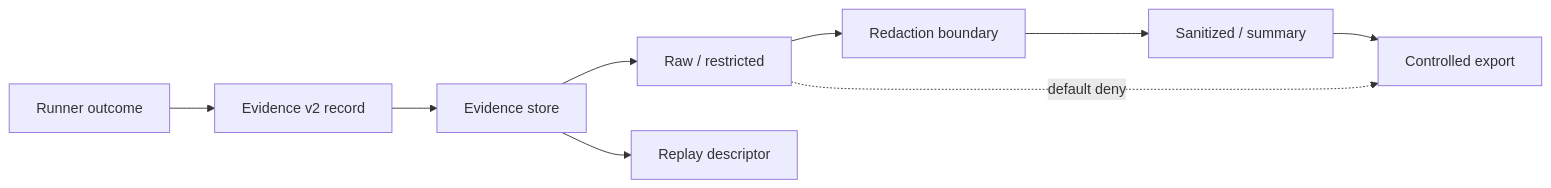
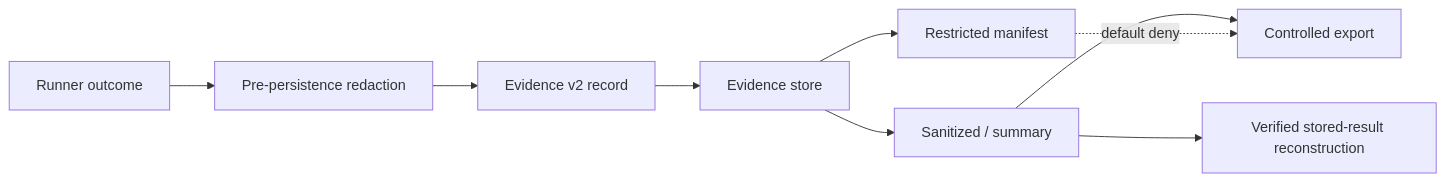
Before and after one commit to pestoura/hermes-security-labs: the diagram in docs/roadmap/epics/EPIC-10-evidence-plane.md, drawn with Mermaid. The commit also changed other lines of this file, not shown here.

Commit message:
docs(d01): reconcile evidence-plane completion boundary

````diff
--- a/docs/roadmap/epics/EPIC-10-evidence-plane.md
+++ b/docs/roadmap/epics/EPIC-10-evidence-plane.md
@@ -75,11 +87,11 @@
 ```mermaid
 flowchart LR
-  RUN[Runner outcome] --> REC[Evidence v2 record]
+  RUN[Runner outcome] --> REDACT0[Pre-persistence redaction]
+  REDACT0 --> REC[Evidence v2 record]
   REC --> STORE[Evidence store]
-  STORE --> RAW[Raw / restricted]
-  RAW --> REDACT[Redaction boundary]
-  REDACT --> DERIVED[Sanitized / summary]
-  STORE --> REPLAY[Replay descriptor]
+  STORE --> RAW[Restricted manifest]
+  STORE --> DERIVED[Sanitized / summary]
+  DERIVED --> RECON[Verified stored-result reconstruction]
   DERIVED --> EXPORT[Controlled export]
   RAW -. default deny .-> EXPORT
 ```
````
